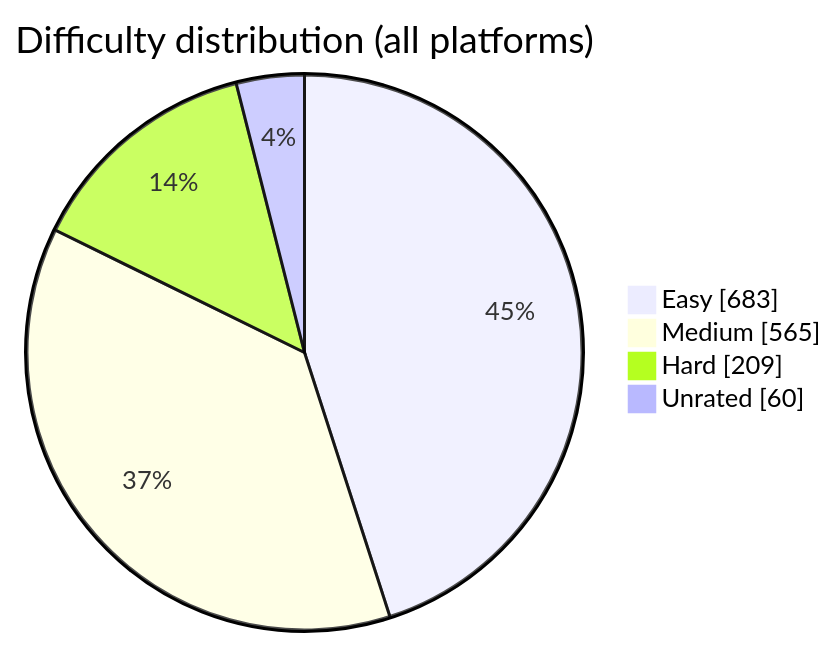
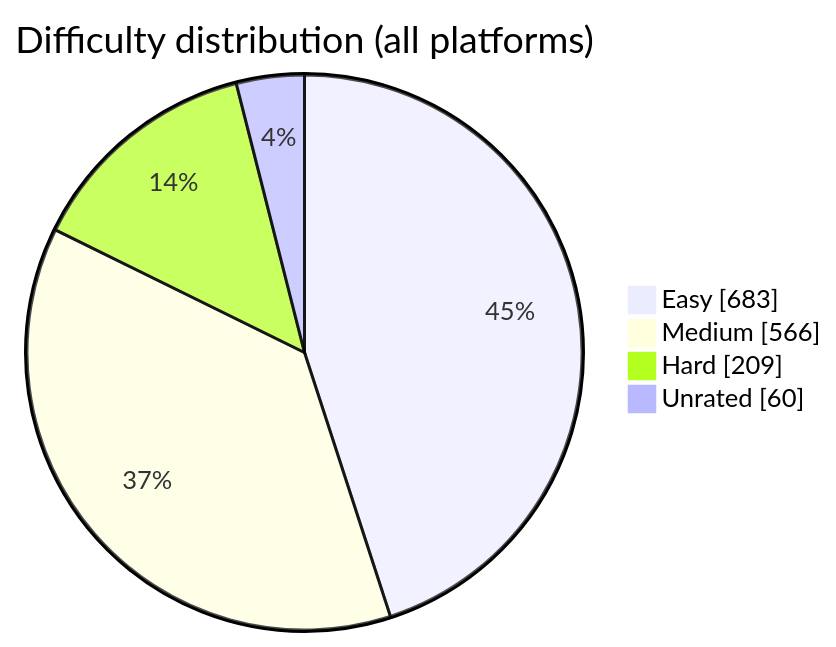
Before and after one commit to BuildbyArindam/Daily-Coding-Log: the diagram in README.md, drawn with Mermaid. The commit also changed other lines of this file, not shown here.

````diff
--- a/README.md
+++ b/README.md
@@ -93,7 +93,7 @@
 ```mermaid
 pie showData title Difficulty distribution (all platforms)
     "Easy" : 683
-    "Medium" : 565
+    "Medium" : 566
     "Hard" : 209
     "Unrated" : 60
 ```
````
